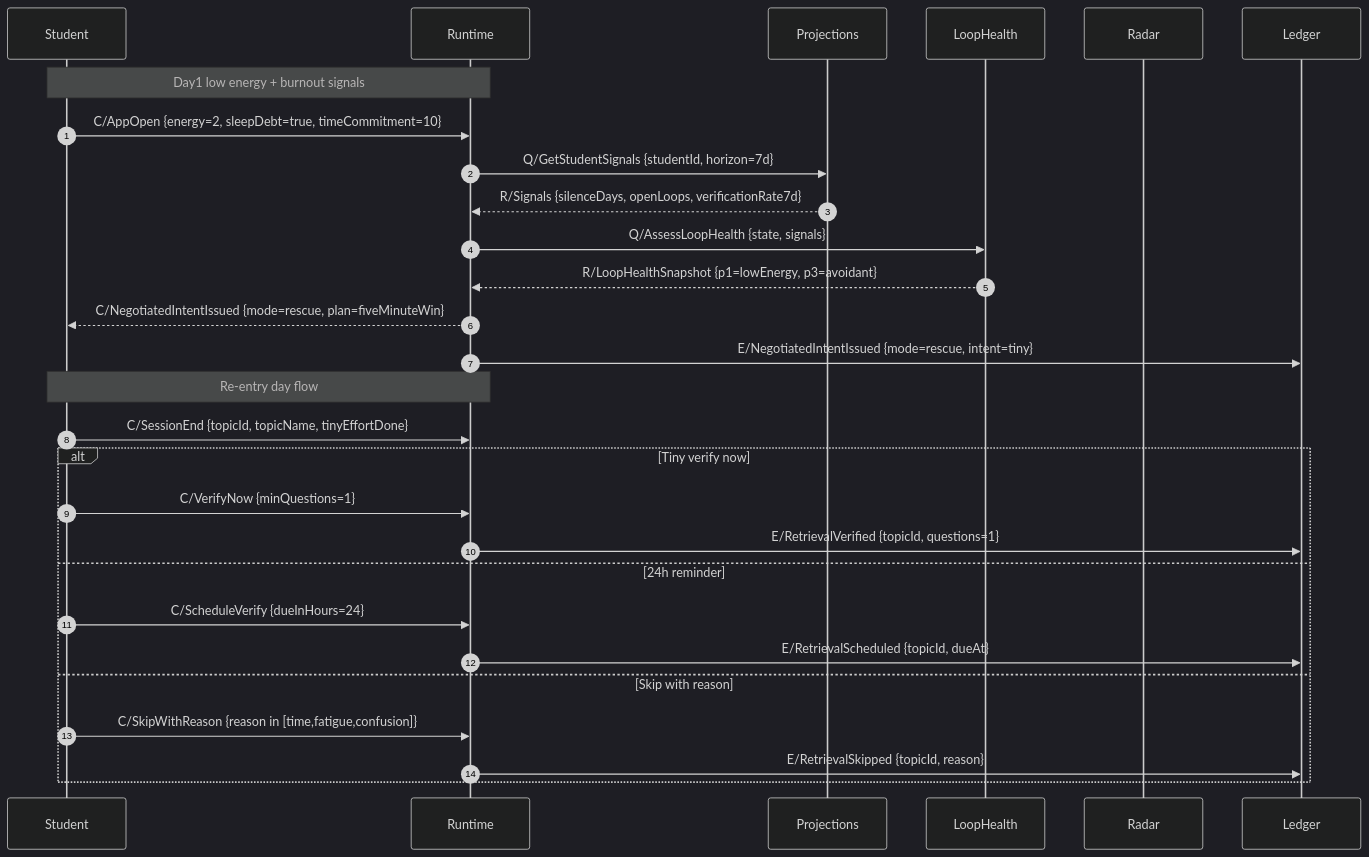
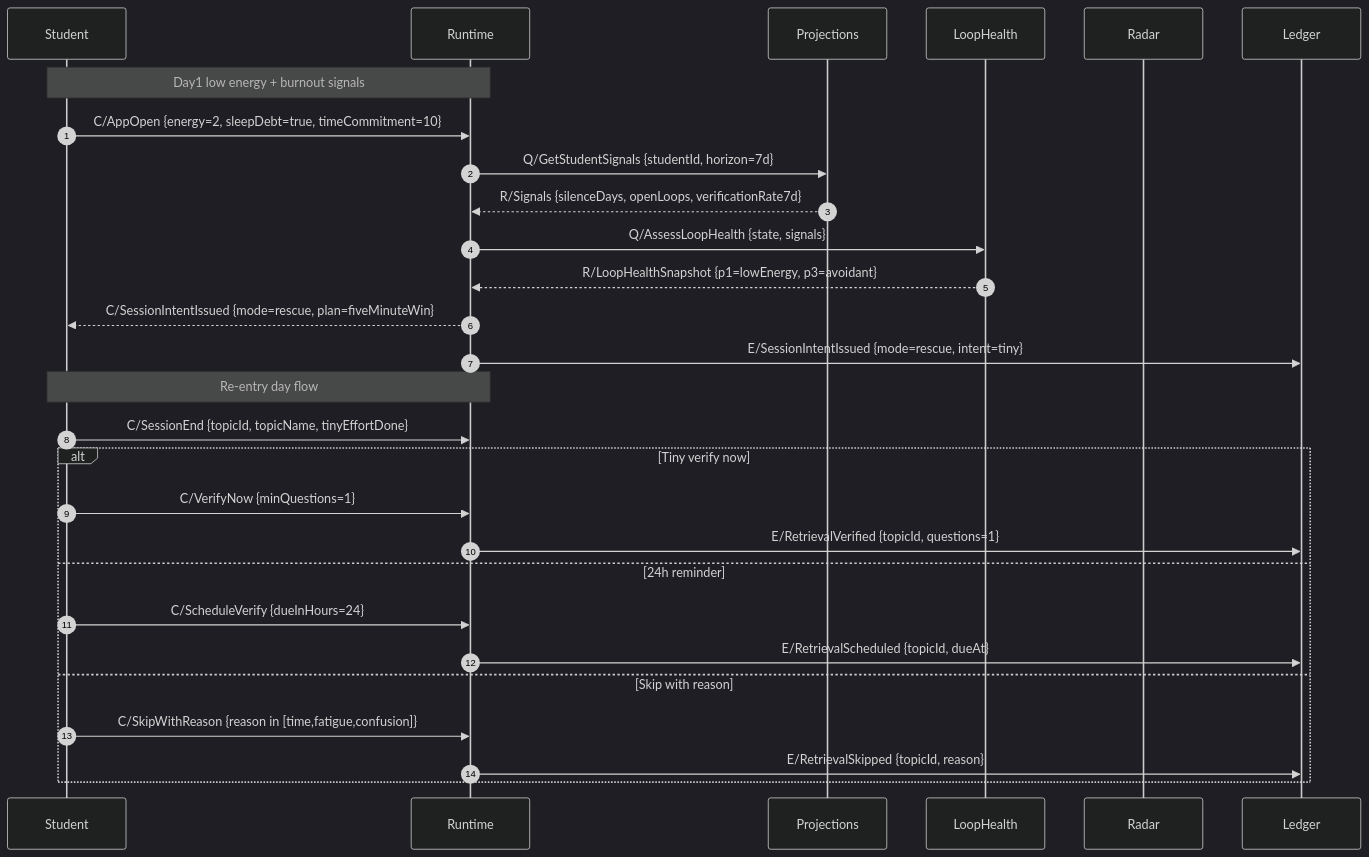
Before and after one commit to Mukul1312/ELI: the third of 4 diagrams in docs/engineering-ddd-design/05-domain-message-flows-storyboards.md, drawn with Mermaid (dark theme). The commit also changed other lines of this file and 54 other files, not shown here.

````diff
--- a/docs/engineering-ddd-design/05-domain-message-flows-storyboards.md
+++ b/docs/engineering-ddd-design/05-domain-message-flows-storyboards.md
@@ -140,32 +140,32 @@
 ```mermaid
 sequenceDiagram
     autonumber
     participant Student
     participant Runtime
     participant Projections
     participant LoopHealth
     participant Radar
     participant Ledger
 
     Note over Student,Runtime: Day1 low energy + burnout signals
     Student->>Runtime: C/AppOpen {energy=2, sleepDebt=true, timeCommitment=10}
     Runtime->>Projections: Q/GetStudentSignals {studentId, horizon=7d}
     Projections-->>Runtime: R/Signals {silenceDays, openLoops, verificationRate7d}
     Runtime->>LoopHealth: Q/AssessLoopHealth {state, signals}
     LoopHealth-->>Runtime: R/LoopHealthSnapshot {p1=lowEnergy, p3=avoidant}
-    Runtime-->>Student: C/NegotiatedIntentIssued {mode=rescue, plan=fiveMinuteWin}
-    Runtime->>Ledger: E/NegotiatedIntentIssued {mode=rescue, intent=tiny}
+    Runtime-->>Student: C/SessionIntentIssued {mode=rescue, plan=fiveMinuteWin}
+    Runtime->>Ledger: E/SessionIntentIssued {mode=rescue, intent=tiny}
 
     Note over Student,Runtime: Re-entry day flow
     Student->>Runtime: C/SessionEnd {topicId, topicName, tinyEffortDone}
     alt Tiny verify now
         Student->>Runtime: C/VerifyNow {minQuestions=1}
         Runtime->>Ledger: E/RetrievalVerified {topicId, questions=1}
     else 24h reminder
         Student->>Runtime: C/ScheduleVerify {dueInHours=24}
         Runtime->>Ledger: E/RetrievalScheduled {topicId, dueAt}
     else Skip with reason
         Student->>Runtime: C/SkipWithReason {reason in [time,fatigue,confusion]}
         Runtime->>Ledger: E/RetrievalSkipped {topicId, reason}
     end
 ```
````
